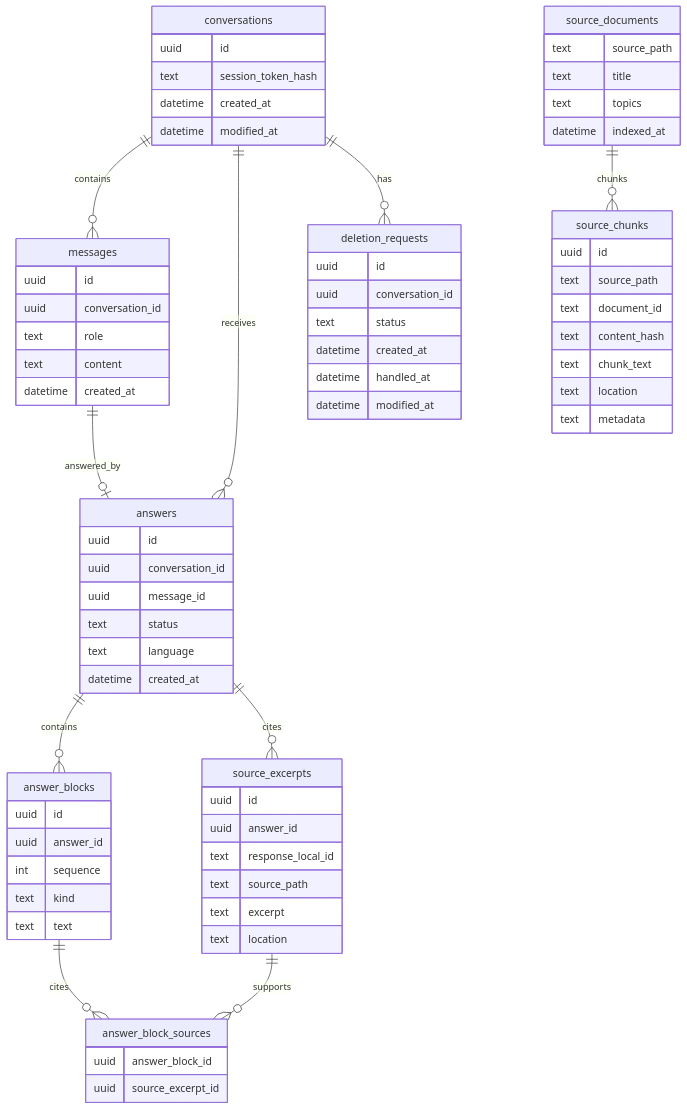
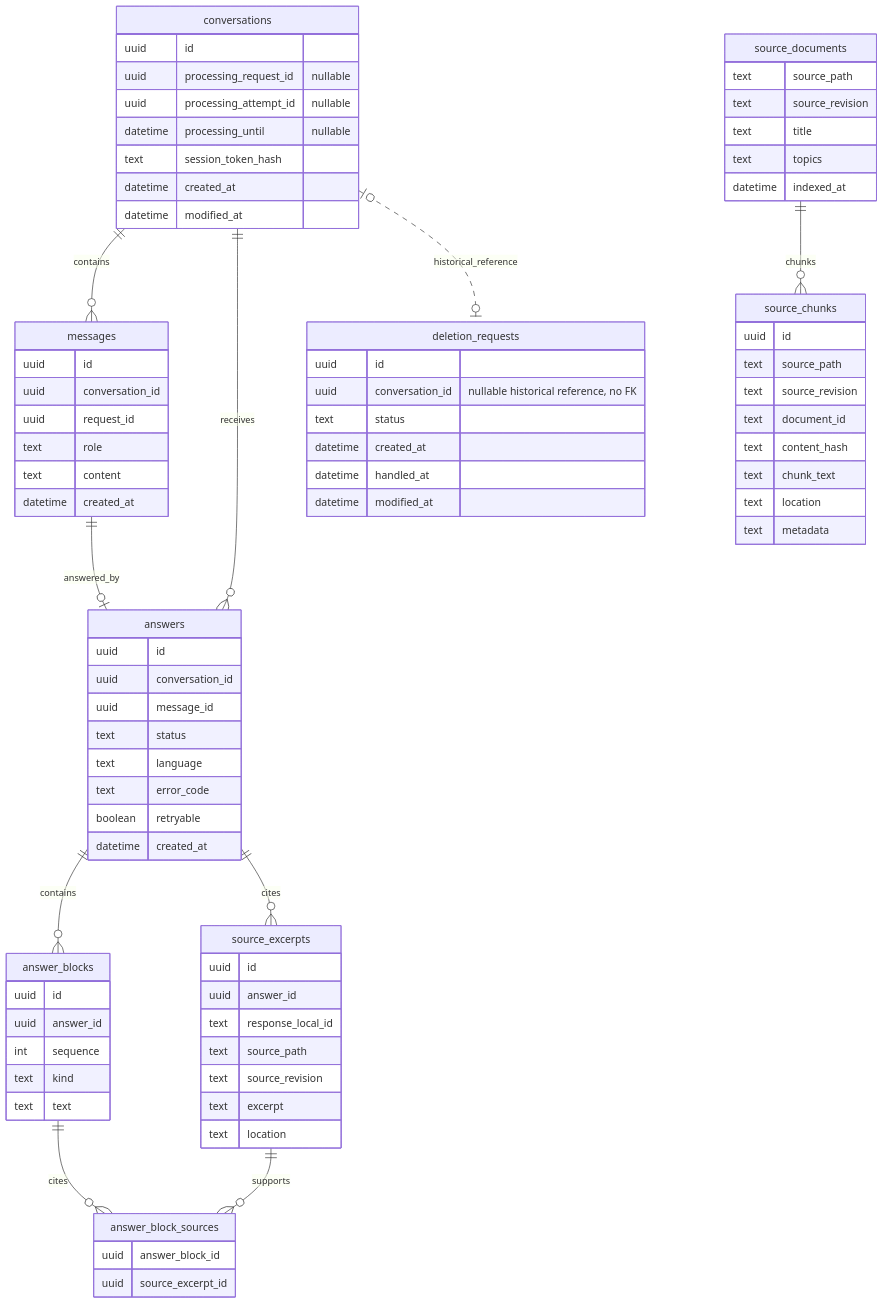
Before and after one commit to CanVc/candidate-copilot: the third of 5 diagrams in docs/_bmad-output/planning-artifacts/architecture/architecture-candidate-copilot-2026-09-11/ARCHITECTURE-SPINE.md, drawn with Mermaid. The commit also changed other lines of this file and 13 other files, not shown here.

```diff
--- a/docs/_bmad-output/planning-artifacts/architecture/architecture-candidate-copilot-2026-09-11/ARCHITECTURE-SPINE.md
+++ b/docs/_bmad-output/planning-artifacts/architecture/architecture-candidate-copilot-2026-09-11/ARCHITECTURE-SPINE.md
@@ -212,11 +409,14 @@
   answers ||--o{ source_excerpts : cites
   answer_blocks ||--o{ answer_block_sources : cites
   source_excerpts ||--o{ answer_block_sources : supports
-  conversations ||--o{ deletion_requests : has
+  conversations |o..o| deletion_requests : historical_reference
   source_documents ||--o{ source_chunks : chunks
 
   conversations {
     uuid id
+    uuid processing_request_id "nullable"
+    uuid processing_attempt_id "nullable"
+    datetime processing_until "nullable"
     text session_token_hash
     datetime created_at
     datetime modified_at
@@ -224,6 +424,7 @@
   messages {
     uuid id
     uuid conversation_id
+    uuid request_id
     text role
     text content
     datetime created_at
@@ -234,6 +435,8 @@
     uuid message_id
     text status
     text language
+    text error_code
+    boolean retryable
     datetime created_at
   }
   answer_blocks {
@@ -252,12 +455,13 @@
     uuid answer_id
     text response_local_id
     text source_path
+    text source_revision
     text excerpt
     text location
   }
   deletion_requests {
     uuid id
-    uuid conversation_id
+    uuid conversation_id "nullable historical reference, no FK"
     text status
     datetime created_at
     datetime handled_at
@@ -265,6 +469,7 @@
   }
   source_documents {
     text source_path
+    text source_revision
     text title
     text topics
     datetime indexed_at
@@ -272,6 +477,7 @@
   source_chunks {
     uuid id
     text source_path
+    text source_revision
     text document_id
     text content_hash
     text chunk_text
```
